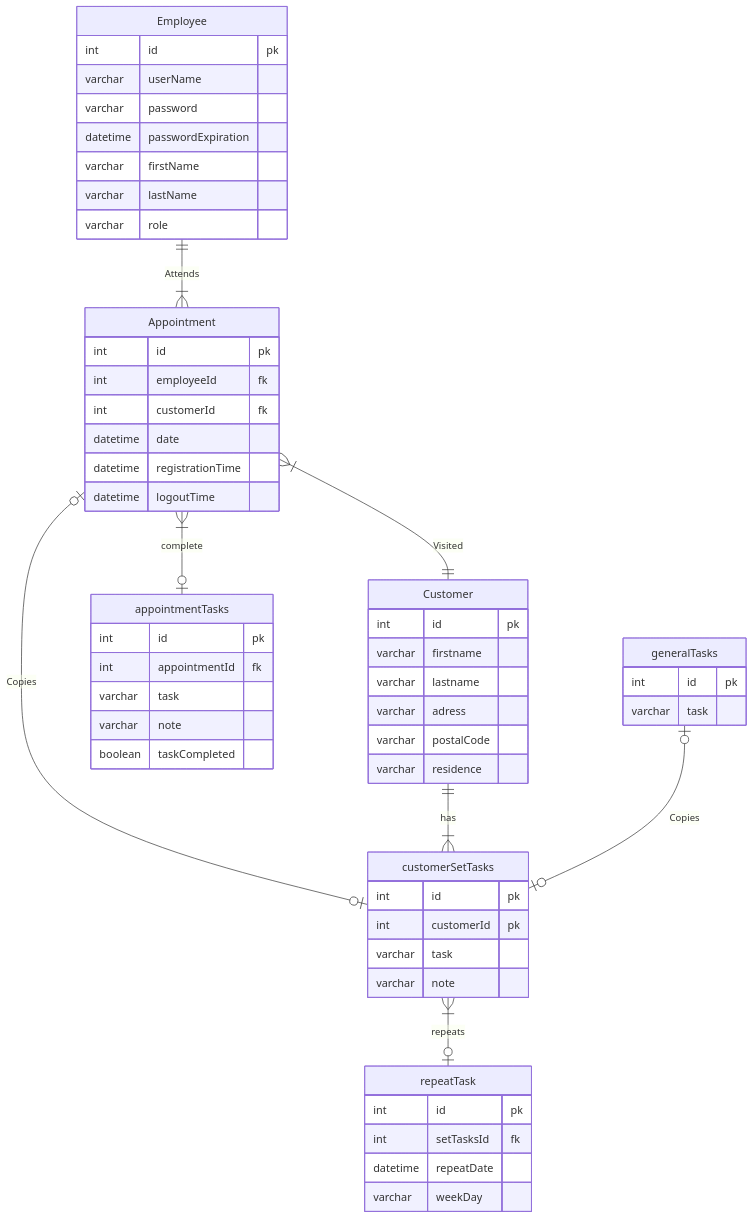
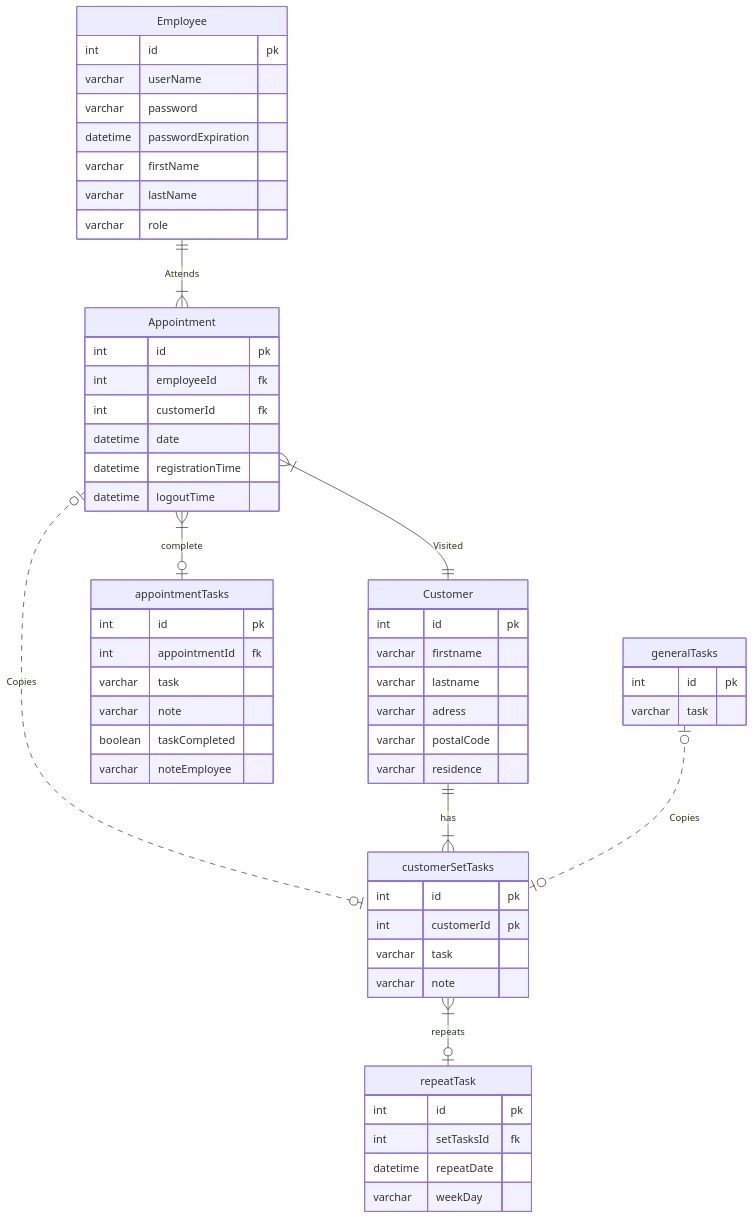
Before and after one commit to Educom-Trainees/educom-zorgApp: the diagram in documentation/ERD.md, drawn with Mermaid.

````diff
--- a/documentation/ERD.md
+++ b/documentation/ERD.md
@@ -1,66 +1,67 @@
 ```mermaid
 erDiagram
   Employee ||--|{ Appointment : Attends
   Employee{
   int id pk
   varchar userName
   varchar password
   datetime passwordExpiration
   varchar firstName
   varchar lastName
   varchar role
   }
 
   Appointment }|--|| Customer : Visited
   Appointment }|--|o appointmentTasks : complete
-  Appointment o|--|o customerSetTasks : Copies
+  Appointment o|..|o customerSetTasks : Copies
   Appointment{
   int id pk
   int employeeId fk
   int customerId fk
   datetime date
   datetime registrationTime
   datetime logoutTime
   }
 
   appointmentTasks{
   int id pk
   int appointmentId fk
   varchar task
   varchar note
   boolean taskCompleted
+  varchar noteEmployee
   }
 
   Customer ||--|{ customerSetTasks : has
   Customer{
   int id pk
   varchar firstname
   varchar lastname
   varchar adress
   varchar postalCode
   varchar residence
   }
 
-  generalTasks o|--|o customerSetTasks : Copies
+  generalTasks o|..|o customerSetTasks : Copies
   generalTasks{
   int id pk
   varchar task
   }
 
   customerSetTasks }|--|o repeatTask : repeats
   customerSetTasks{
   int id pk
   int customerId pk
   varchar task
   varchar note
   }
 
   repeatTask{
   int id pk
   int setTasksId fk
   datetime repeatDate
   varchar weekDay
   }
 
 
 ```
````
